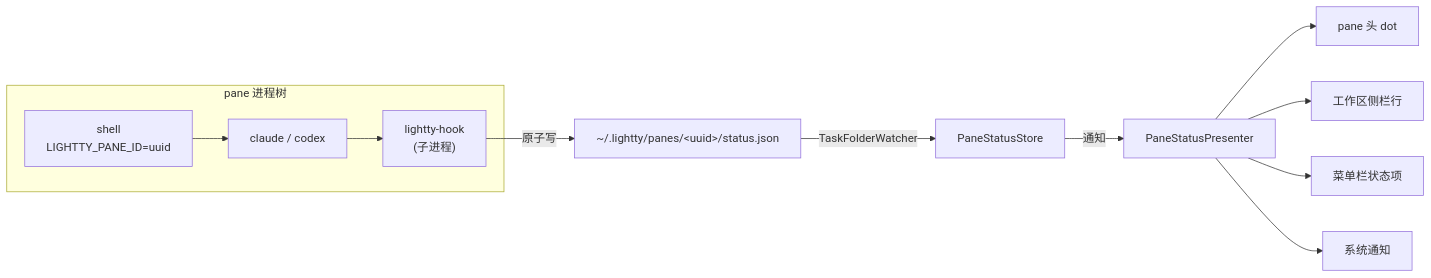
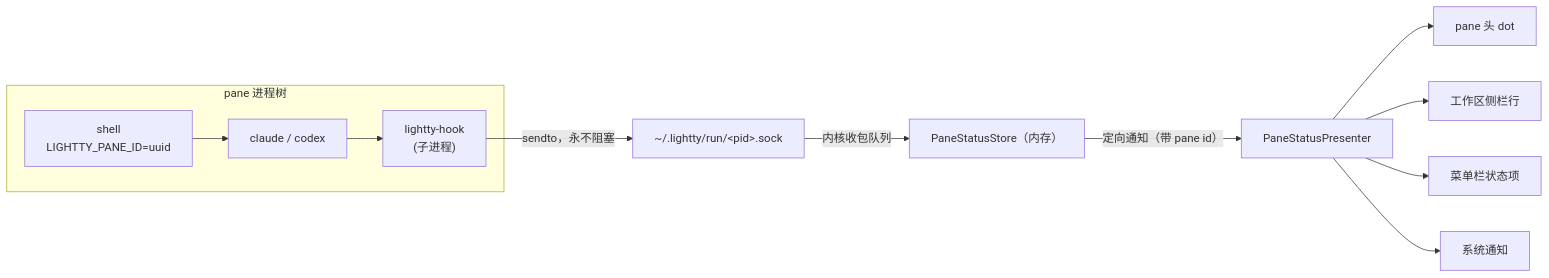
The diagram in docs/specs/pane-status.md (isToThyMoon/lightty), drawn with Mermaid before and after one commit. The commit also changed other lines of this file and 35 other files, not shown here.

````diff
--- a/docs/specs/pane-status.md
+++ b/docs/specs/pane-status.md
@@ -86,16 +155,16 @@
 ```mermaid
 flowchart LR
   subgraph pane["pane 进程树"]
     shell["shell<br/>LIGHTTY_PANE_ID=uuid"] --> agent["claude / codex"]
     agent --> hook["lightty-hook<br/>(子进程)"]
   end
 
-  hook -->|"原子写"| sj["~/.lightty/panes/&lt;uuid&gt;/status.json"]
-  sj -->|TaskFolderWatcher| store["PaneStatusStore"]
-  store -->|"通知"| presenter["PaneStatusPresenter"]
+  hook -->|"sendto，永不阻塞"| sock["~/.lightty/run/&lt;pid&gt;.sock"]
+  sock -->|"内核收包队列"| store["PaneStatusStore（内存）"]
+  store -->|"定向通知（带 pane id）"| presenter["PaneStatusPresenter"]
 
   presenter --> ph["pane 头 dot"]
   presenter --> sb["工作区侧栏行"]
   presenter --> mb["菜单栏状态项"]
   presenter --> un["系统通知"]
 ```
````
